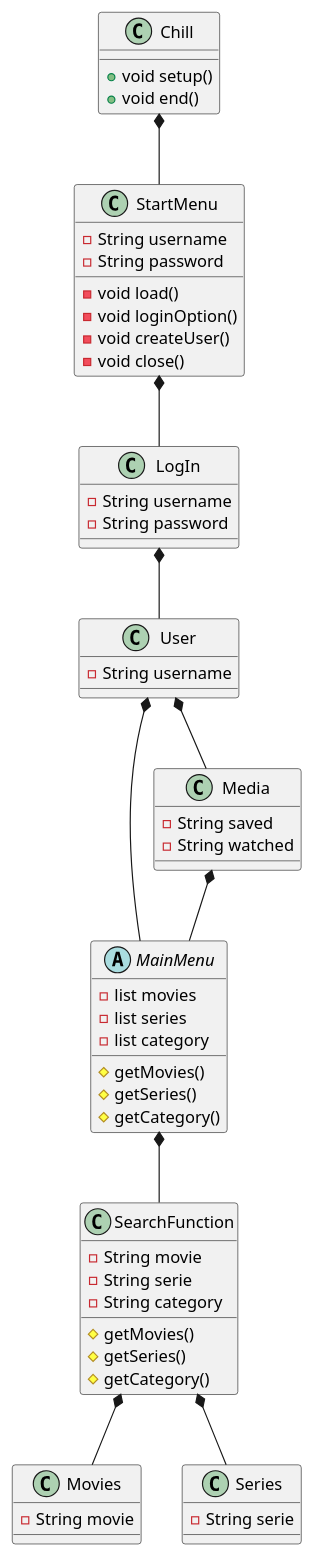
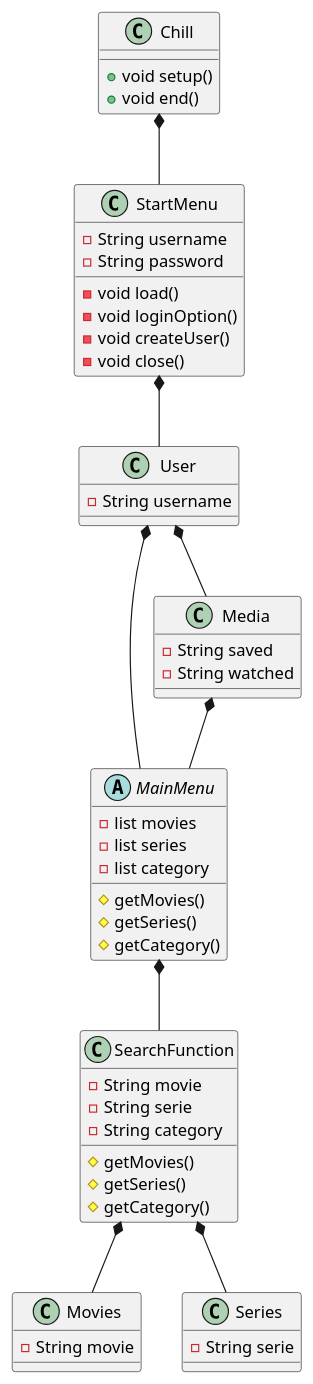
Before and after one commit to KnogleMau/SP3---Streamingtjeneste: the diagram in SP3/.idea/KlasseDiagram.puml, drawn with PlantUML.

```diff
--- a/SP3/.idea/KlasseDiagram.puml
+++ b/SP3/.idea/KlasseDiagram.puml
@@ -1,76 +1,71 @@
 @startuml
 'https://plantuml.com/class-diagram
 
 Class Chill{
 
 +void setup()
 +void end()
 }
 
 Class StartMenu{
 -void load()
 -String username
 -String password
 -void loginOption()
 -void createUser()
 -void close()
 
 }
 
-Class LogIn{
--String username
--String password
-
-}
 
 Class User{
 -String username
 
 }
 
 Abstract MainMenu{
 -list movies
 -list series
 -list category
 #getMovies()
 #getSeries()
 #getCategory()
 
 
 }
 
 Class SearchFunction{
 -String movie
 -String serie
 -String category
 #getMovies()
 #getSeries()
 #getCategory()
 
 }
 
 Class Media{
 -String saved
 -String watched
 }
 
 Class Movies{
 -String movie
 }
 
 Class Series{
 -String serie
 }
 
 Chill *-- StartMenu
-StartMenu *-- LogIn
-LogIn *-- User
+StartMenu *-- User
+
 User *-- MainMenu
 
 MainMenu *-- SearchFunction
 Media *-- MainMenu
 User *-- Media
 SearchFunction *-- Movies
 SearchFunction *-- Series
 
 @enduml
```
